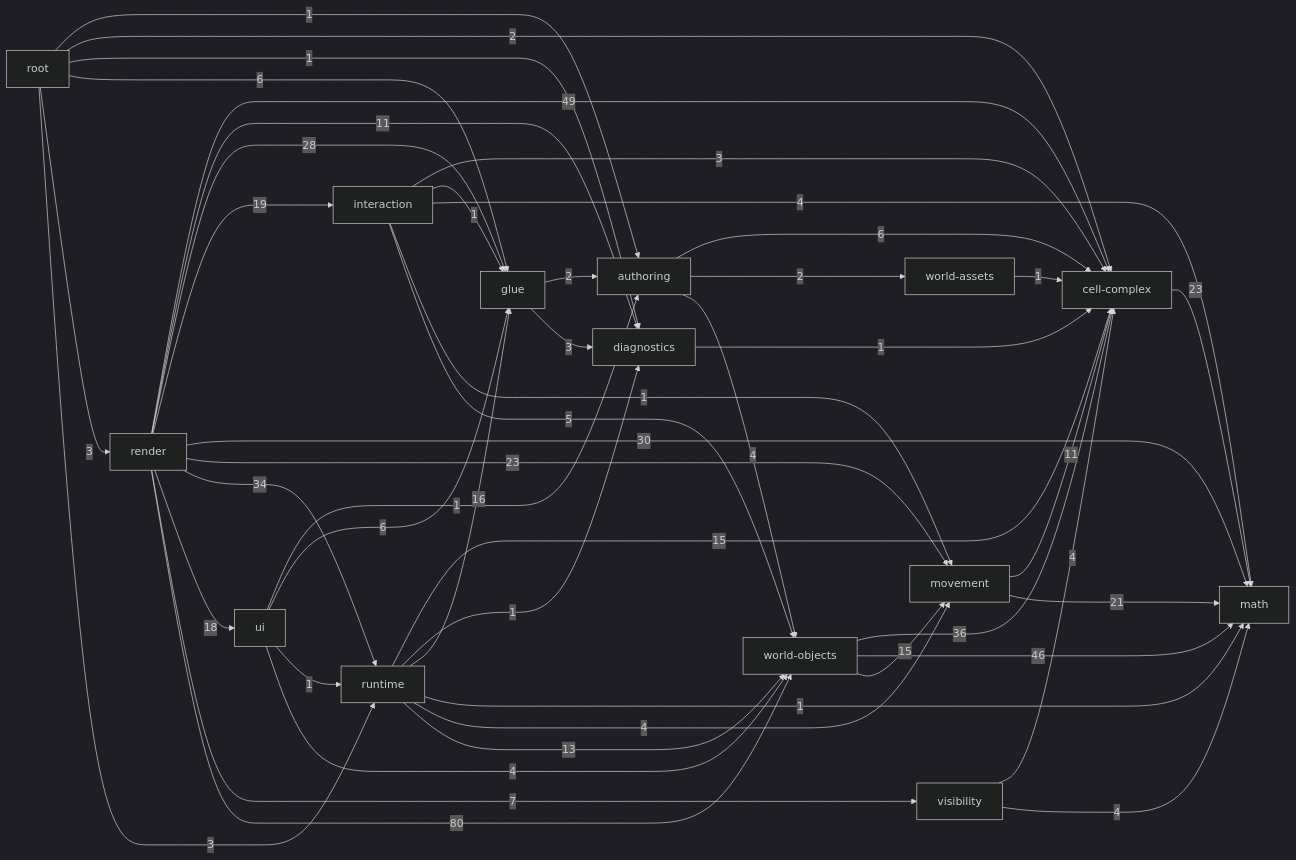
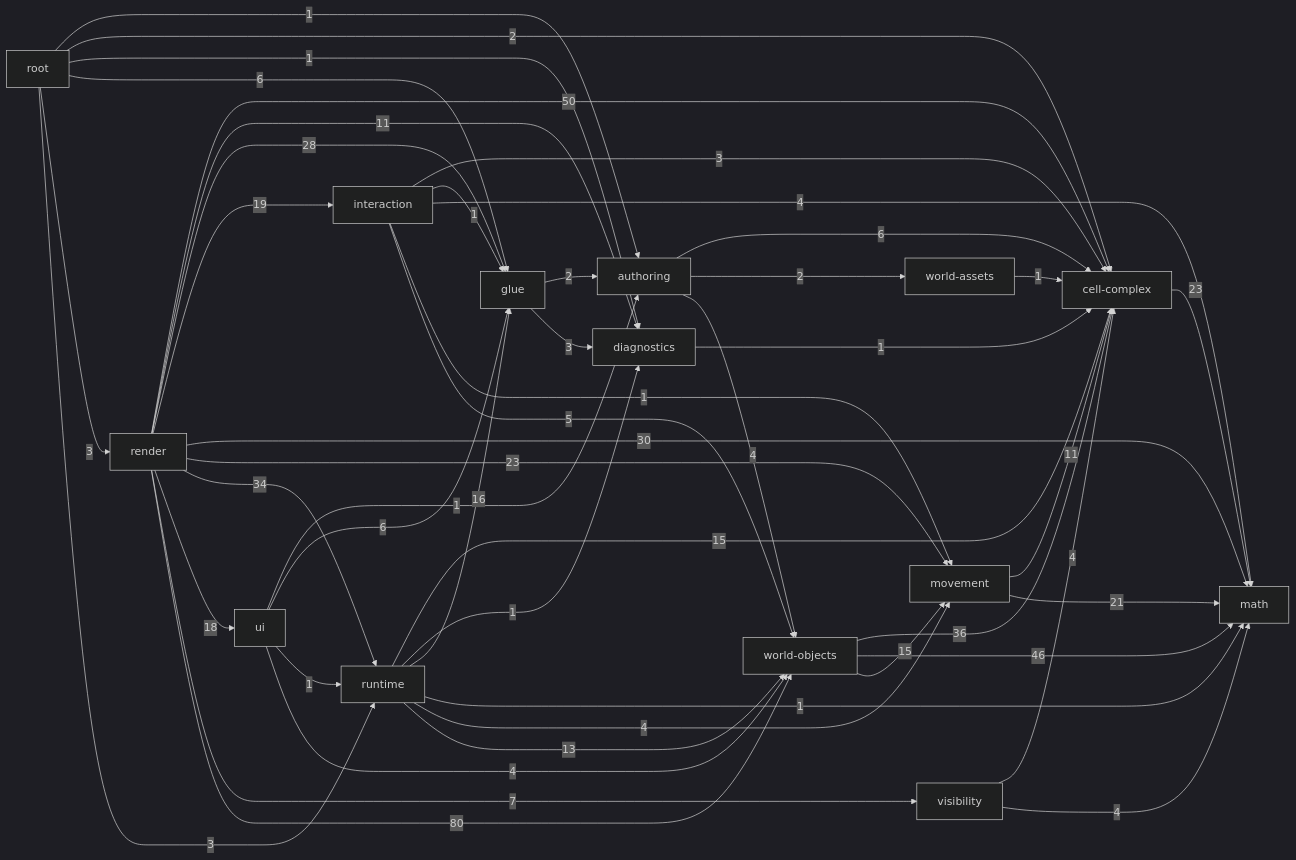
The diagram in _docs/generated/ARCHITECTURE_REFERENCE.md (guraltsev/noneuclid-fpv), drawn with Mermaid (dark theme) before and after one commit. The commit also changed other lines of this file and 6 other files, not shown here.

````diff
--- a/_docs/generated/ARCHITECTURE_REFERENCE.md
+++ b/_docs/generated/ARCHITECTURE_REFERENCE.md
@@ -35,63 +35,63 @@
 ```mermaid
 flowchart LR
   math["math"]
   cell_complex["cell-complex"]
   diagnostics["diagnostics"]
   visibility["visibility"]
   movement["movement"]
   world_assets["world-assets"]
   world_objects["world-objects"]
   authoring["authoring"]
   glue["glue"]
   interaction["interaction"]
   runtime["runtime"]
   ui["ui"]
   render["render"]
   root["root"]
   authoring -->|6| cell_complex
   authoring -->|2| world_assets
   authoring -->|4| world_objects
   cell_complex -->|23| math
   diagnostics -->|1| cell_complex
   glue -->|2| authoring
   glue -->|3| diagnostics
   interaction -->|3| cell_complex
   interaction -->|1| glue
   interaction -->|4| math
   interaction -->|1| movement
   interaction -->|5| world_objects
   movement -->|11| cell_complex
   movement -->|21| math
-  render -->|49| cell_complex
+  render -->|50| cell_complex
   render -->|11| diagnostics
   render -->|28| glue
   render -->|19| interaction
   render -->|30| math
   render -->|23| movement
   render -->|34| runtime
   render -->|18| ui
   render -->|7| visibility
   render -->|80| world_objects
   root -->|1| authoring
   root -->|2| cell_complex
   root -->|1| diagnostics
   root -->|6| glue
   root -->|3| render
   root -->|3| runtime
   runtime -->|15| cell_complex
   runtime -->|1| diagnostics
   runtime -->|16| glue
   runtime -->|1| math
   runtime -->|4| movement
   runtime -->|13| world_objects
   ui -->|1| authoring
   ui -->|6| glue
   ui -->|1| runtime
   ui -->|4| world_objects
   visibility -->|4| cell_complex
   visibility -->|4| math
   world_assets -->|1| cell_complex
   world_objects -->|36| cell_complex
   world_objects -->|46| math
   world_objects -->|15| movement
 ```
````
